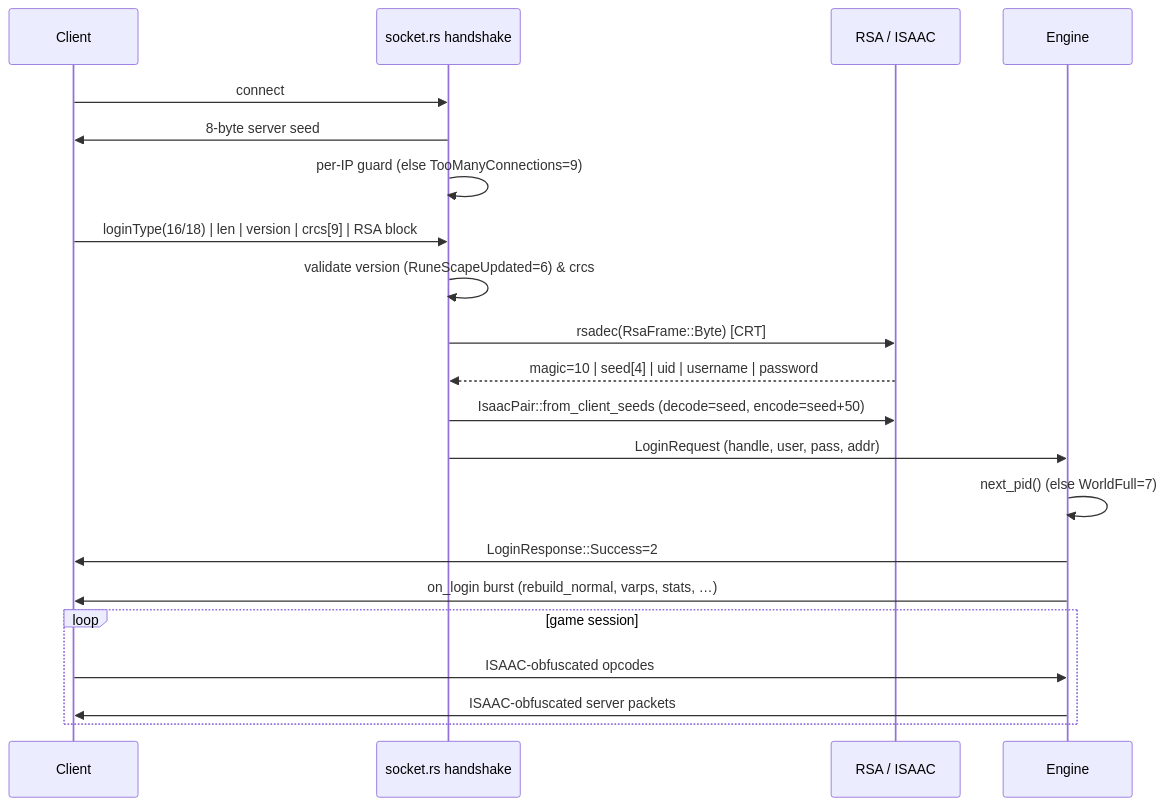
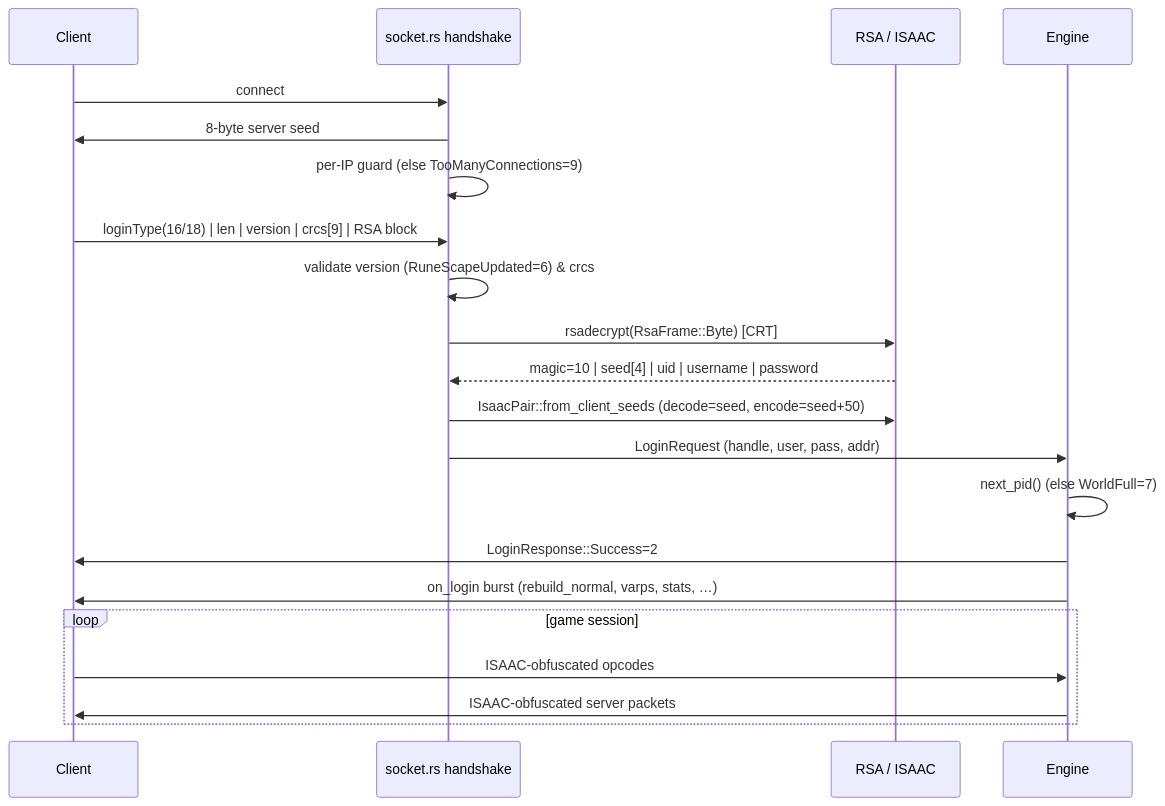
Before and after one commit to RustCityRS/rs-majula: the sixth of 8 diagrams in rs-engine/docs/part-06-networking-and-the-wire.md, drawn with Mermaid. The commit also changed other lines of this file and 288 other files, not shown here.

````diff
--- a/rs-engine/docs/part-06-networking-and-the-wire.md
+++ b/rs-engine/docs/part-06-networking-and-the-wire.md
@@ -989,23 +990,23 @@
 ```mermaid
 sequenceDiagram
     participant C as Client
     participant S as socket.rs handshake
     participant K as RSA / ISAAC
     participant Eng as Engine
     C->>S: connect
     S->>C: 8-byte server seed
     S->>S: per-IP guard (else TooManyConnections=9)
     C->>S: loginType(16/18) | len | version | crcs[9] | RSA block
     S->>S: validate version (RuneScapeUpdated=6) & crcs
-    S->>K: rsadec(RsaFrame::Byte) [CRT]
+    S->>K: rsadecrypt(RsaFrame::Byte) [CRT]
     K-->>S: magic=10 | seed[4] | uid | username | password
     S->>K: IsaacPair::from_client_seeds (decode=seed, encode=seed+50)
     S->>Eng: LoginRequest (handle, user, pass, addr)
     Eng->>Eng: next_pid() (else WorldFull=7)
     Eng->>C: LoginResponse::Success=2
     Eng->>C: on_login burst (rebuild_normal, varps, stats, …)
     loop game session
         C->>Eng: ISAAC-obfuscated opcodes
         Eng->>C: ISAAC-obfuscated server packets
     end
 ```
````
